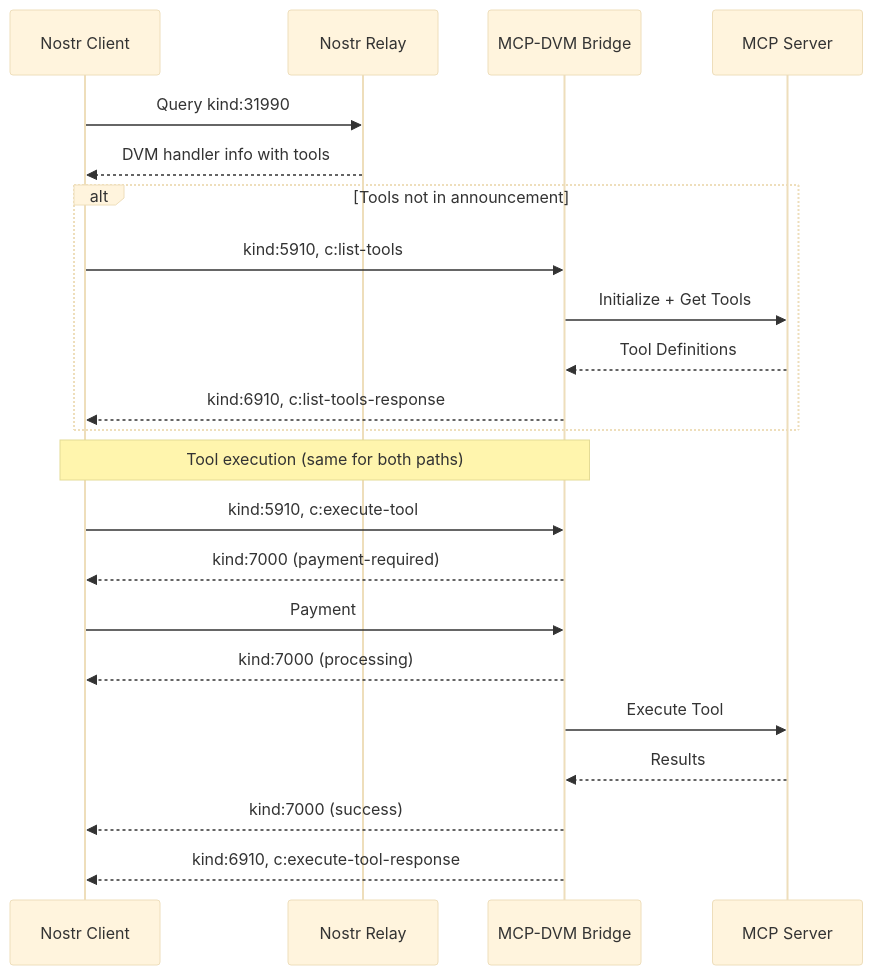
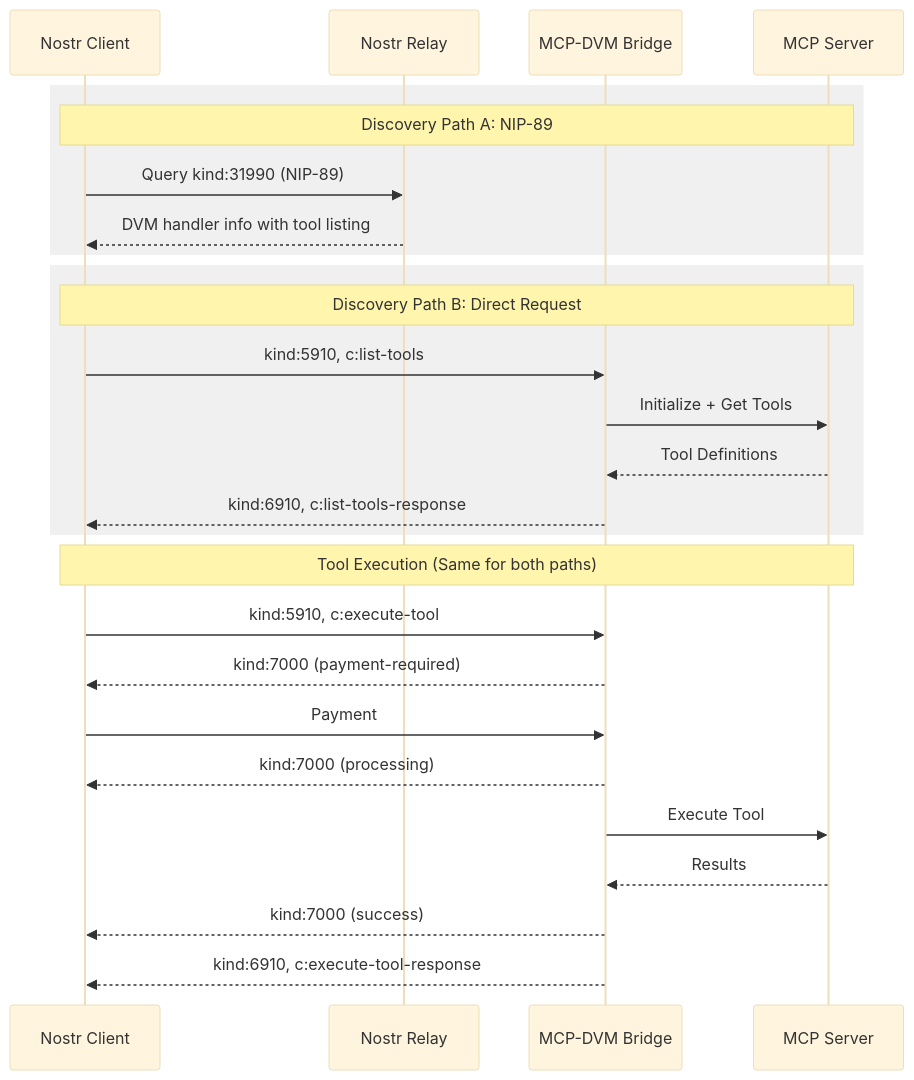
The diagram in docs/dvmcp-spec.md (gzuuus/dvmcp), drawn with Mermaid (base theme) before and after one commit. The commit also changed other lines of this file and 1 other file, not shown here.

Commit message:
docs: clarify annoucement and discovery

````diff
--- a/docs/dvmcp-spec.md
+++ b/docs/dvmcp-spec.md
@@ -349,27 +325,31 @@
 ```mermaid
 sequenceDiagram
     participant Client as Nostr Client
     participant Relay as Nostr Relay
     participant DVM as MCP-DVM Bridge
     participant Server as MCP Server
 
-    Client->>Relay: Query kind:31990
-    Relay-->>Client: DVM handler info with tools
+    rect rgb(240, 240, 240)
+        Note over Client,Server: Discovery Path A: NIP-89
+        Client->>Relay: Query kind:31990 (NIP-89)
+        Relay-->>Client: DVM handler info with tool listing
+    end
 
-    alt Tools not in announcement
+    rect rgb(240, 240, 240)
+        Note over Client,Server: Discovery Path B: Direct Request
         Client->>DVM: kind:5910, c:list-tools
         DVM->>Server: Initialize + Get Tools
         Server-->>DVM: Tool Definitions
         DVM-->>Client: kind:6910, c:list-tools-response
     end
 
-    Note over Client,DVM: Tool execution (same for both paths)
+    Note over Client,Server: Tool Execution (Same for both paths)
     Client->>DVM: kind:5910, c:execute-tool
     DVM-->>Client: kind:7000 (payment-required)
     Client->>DVM: Payment
     DVM-->>Client: kind:7000 (processing)
     DVM->>Server: Execute Tool
     Server-->>DVM: Results
     DVM-->>Client: kind:7000 (success)
     DVM-->>Client: kind:6910, c:execute-tool-response
 ```
````
